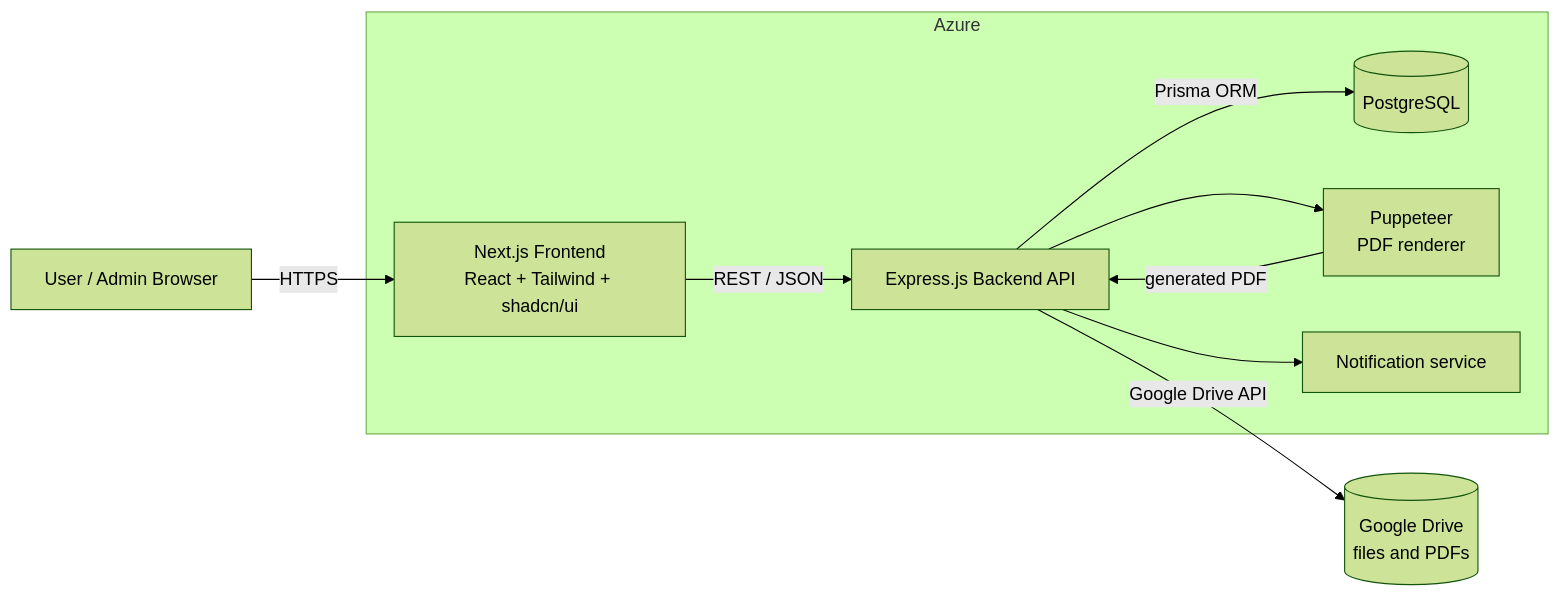
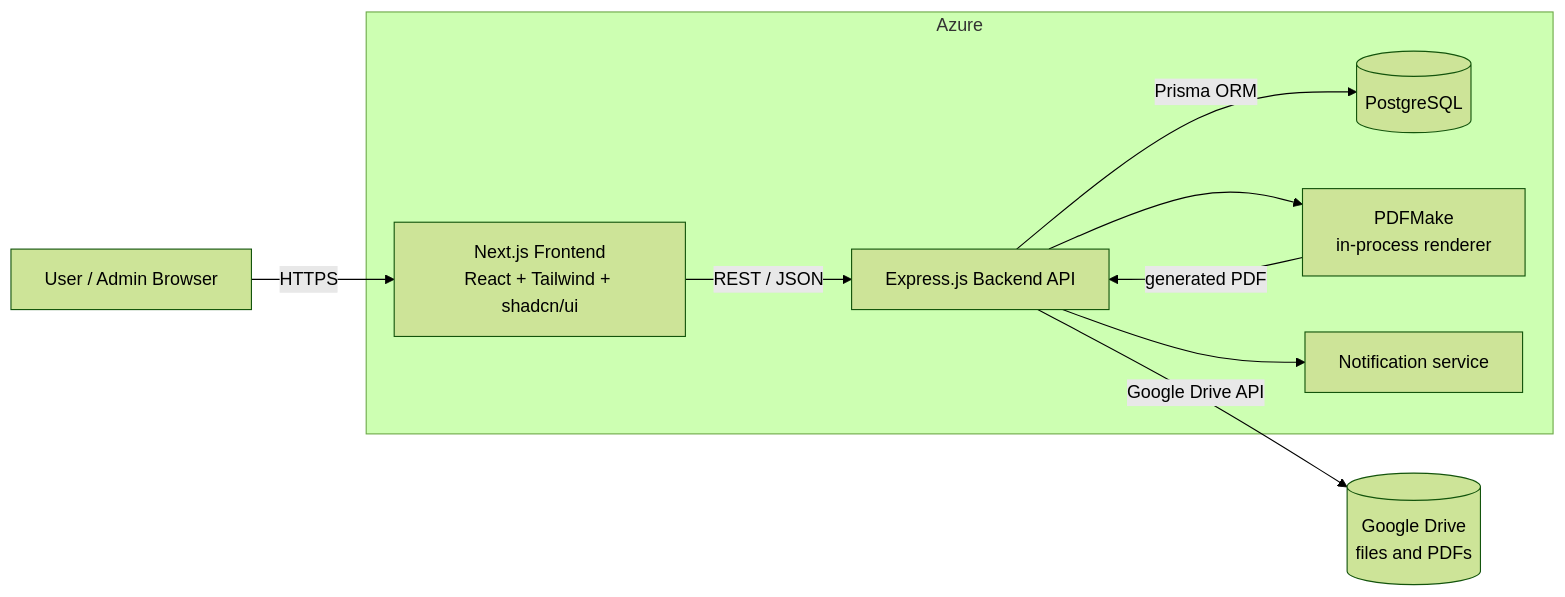
One commit to Rideema14/Contract-Form-Automation changed the diagram in docs/diagrams/system-architecture.mmd. Above: the diagram before and after it, drawn with Mermaid (forest theme). The commit also changed 64 other files, not shown here.

```diff
--- a/docs/diagrams/system-architecture.mmd
+++ b/docs/diagrams/system-architecture.mmd
@@ -1,15 +1,15 @@
 flowchart LR
     U[User / Admin Browser] -->|HTTPS| FE[Next.js Frontend<br/>React + Tailwind + shadcn/ui]
     FE -->|REST / JSON| BE[Express.js Backend API]
     BE -->|Prisma ORM| DB[(PostgreSQL)]
     BE -->|Google Drive API| GD[(Google Drive<br/>files and PDFs)]
-    BE --> PDF[Puppeteer<br/>PDF renderer]
+    BE --> PDF[PDFMake<br/>in-process renderer]
     PDF -->|generated PDF| BE
     BE --> NT[Notification service]
     subgraph Azure
         FE
         BE
         PDF
         DB
         NT
     end
```
